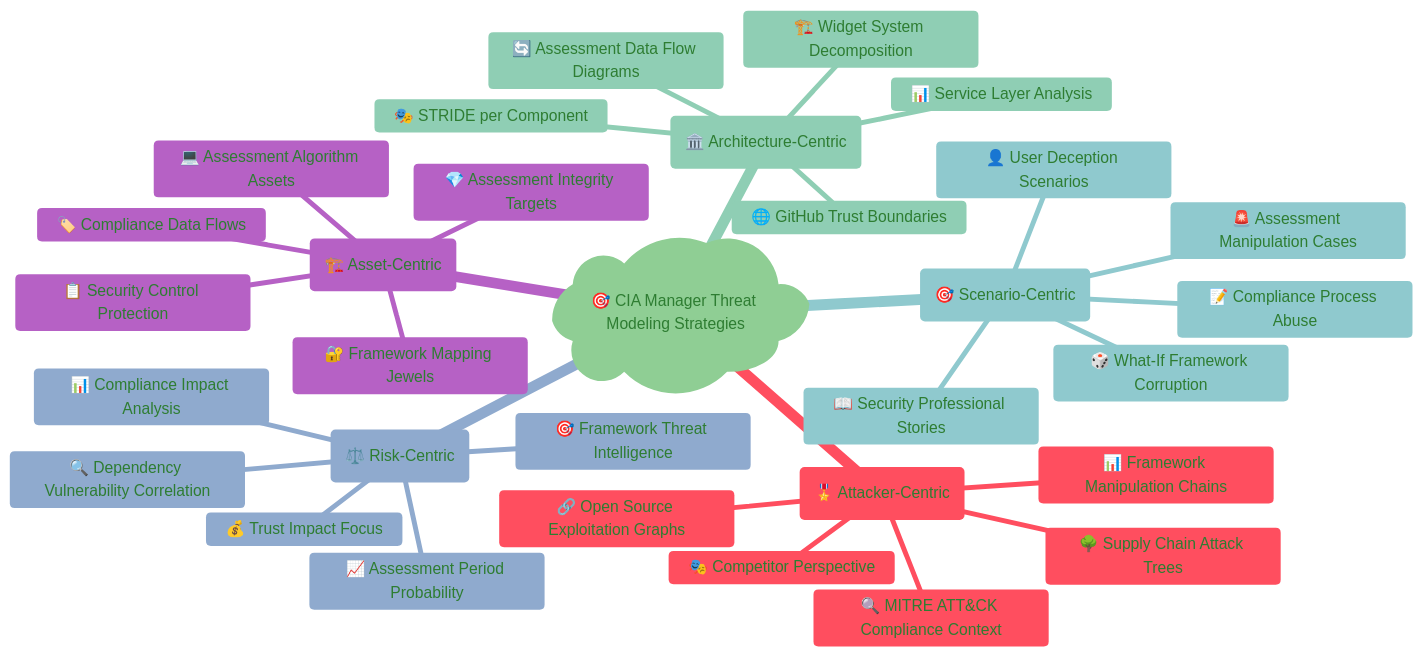
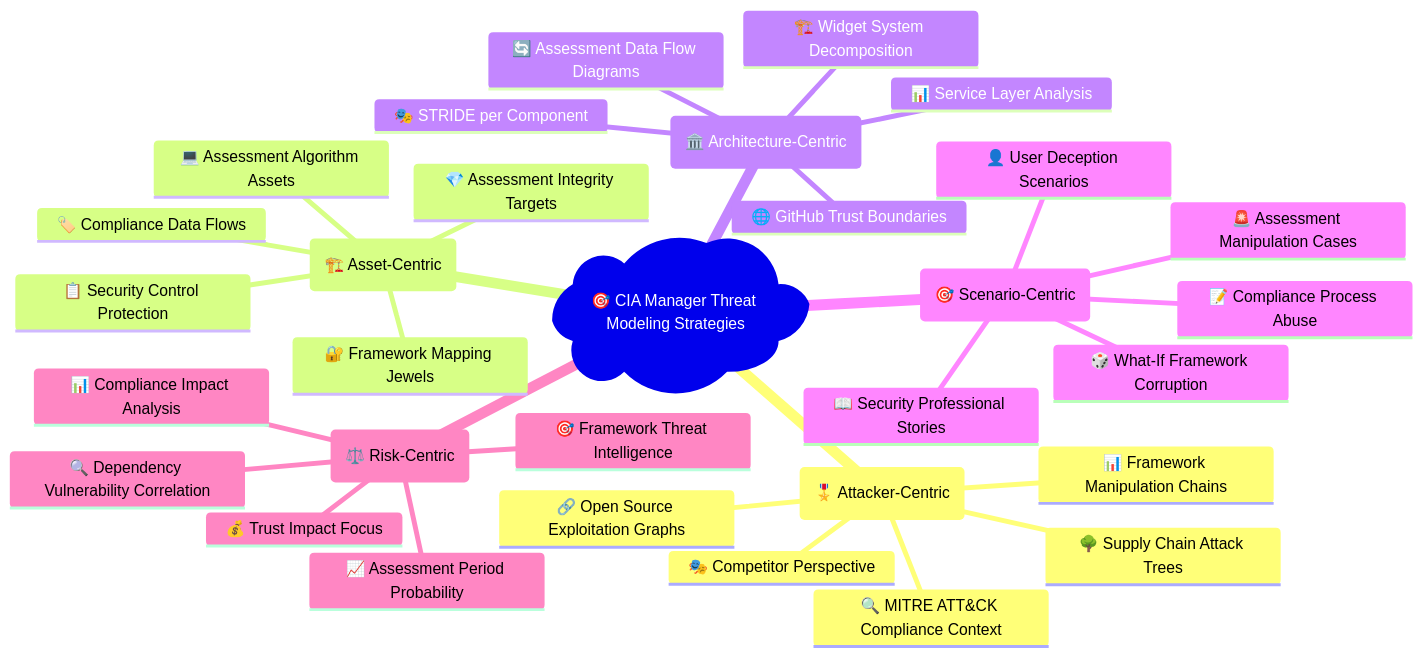
Before and after one commit to Hack23/cia-compliance-manager: diagram 12 of 15 in docs/architecture/THREAT_MODEL.md, drawn with Mermaid. The commit also changed other lines of this file and 18 other files, not shown here.

````diff
--- a/docs/architecture/THREAT_MODEL.md
+++ b/docs/architecture/THREAT_MODEL.md
@@ -842,46 +807,39 @@
 ```mermaid
 %%{
   init: {
-    'theme': 'base',
-    'themeVariables': {
-      'primaryColor': '#e8f5e9',
-      'primaryTextColor': '#2e7d32',
-      'lineColor': '#4caf50',
-      'secondaryColor': '#ffcdd2',
-      'tertiaryColor': '#e1bee7'
-    }
-  }
+    'theme': 'neutral',
+}
 }%%
 mindmap
   root)🎯 CIA Manager Threat Modeling Strategies(
     (🎖️ Attacker-Centric)
       🔍 MITRE ATT&CK Compliance Context
       🌳 Supply Chain Attack Trees
       🎭 Competitor Perspective
       📊 Framework Manipulation Chains
       🔗 Open Source Exploitation Graphs
     (🏗️ Asset-Centric)
       💻 Assessment Algorithm Assets
       🏷️ Compliance Data Flows
       📋 Security Control Protection
       🔐 Framework Mapping Jewels
       💎 Assessment Integrity Targets
     (🏛️ Architecture-Centric)
       🎭 STRIDE per Component
       🔄 Assessment Data Flow Diagrams
       🏗️ Widget System Decomposition
       🌐 GitHub Trust Boundaries
       📊 Service Layer Analysis
     (🎯 Scenario-Centric)
       📝 Compliance Process Abuse
       🚨 Assessment Manipulation Cases
       👤 User Deception Scenarios
       🎲 What-If Framework Corruption
       📖 Security Professional Stories
     (⚖️ Risk-Centric)
       📊 Compliance Impact Analysis
       🎯 Framework Threat Intelligence
       📈 Assessment Period Probability
       💰 Trust Impact Focus
       🔍 Dependency Vulnerability Correlation
 ```
````
